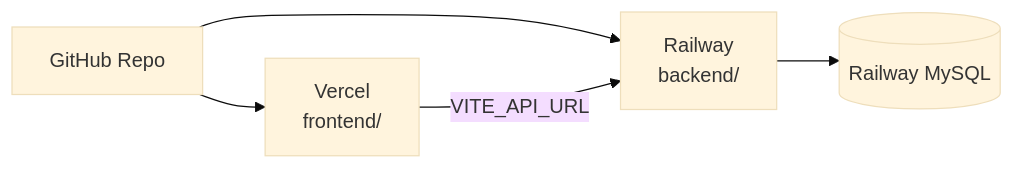
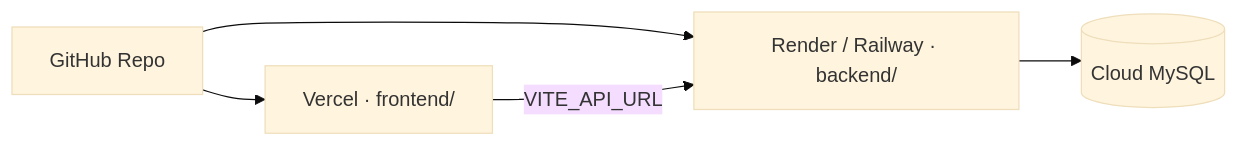
One commit to yasin-erkan/ROBODASH changed the sixth of 6 diagrams in README.md. Above: the diagram before and after it, drawn with Mermaid (base theme). The commit also changed other lines of this file and 8 other files, not shown here.

````diff
--- a/README.md
+++ b/README.md
@@ -405,8 +430,8 @@
 ```mermaid
 flowchart LR
     GH[GitHub Repo]
-    GH --> V[Vercel\nfrontend/]
-    GH --> R[Railway\nbackend/]
-    R --> DB[(Railway MySQL)]
+    GH --> V[Vercel · frontend/]
+    GH --> R[Render / Railway · backend/]
+    R --> DB[(Cloud MySQL)]
     V -->|VITE_API_URL| R
 ```
````
